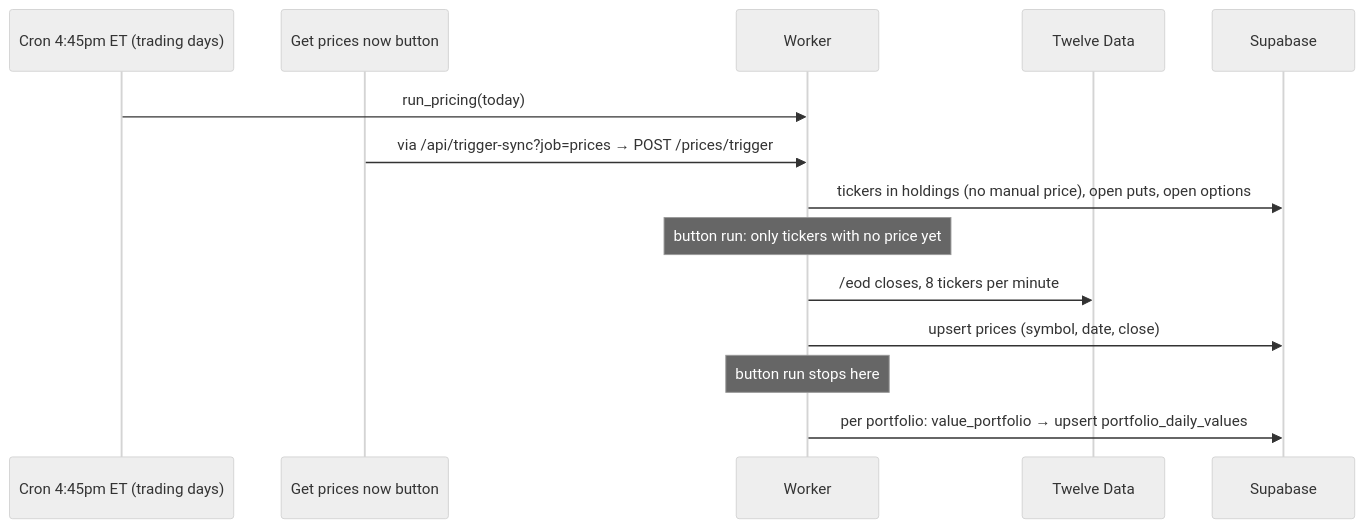
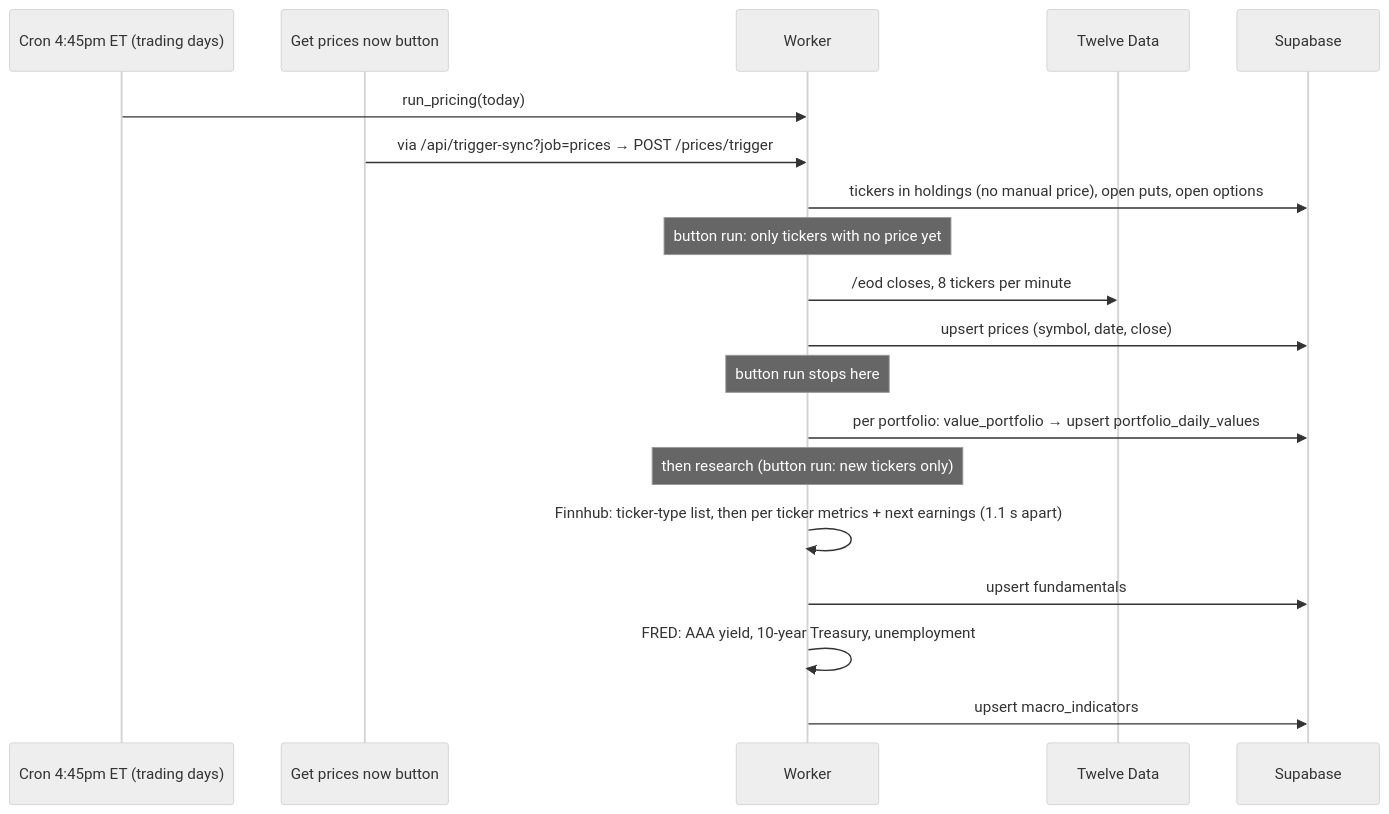
One commit to northcrosstech/Trading-Journal changed the seventh of 8 diagrams in docs/DATA_FLOWS.md. Above: the diagram before and after it, drawn with Mermaid (neutral theme). The commit also changed other lines of this file and 7 other files, not shown here.

````diff
--- a/docs/DATA_FLOWS.md
+++ b/docs/DATA_FLOWS.md
@@ -157,16 +186,21 @@
 ```mermaid
 sequenceDiagram
     participant C as Cron 4:45pm ET (trading days)
     participant B as Get prices now button
     participant W as Worker
     participant T as Twelve Data
     participant DB as Supabase
     C->>W: run_pricing(today)
     B->>W: via /api/trigger-sync?job=prices → POST /prices/trigger
     W->>DB: tickers in holdings (no manual price), open puts, open options
     Note over W: button run: only tickers with no price yet
     W->>T: /eod closes, 8 tickers per minute
     W->>DB: upsert prices (symbol, date, close)
     Note over W: button run stops here
     W->>DB: per portfolio: value_portfolio → upsert portfolio_daily_values
+    Note over W: then research (button run: new tickers only)
+    W->>W: Finnhub: ticker-type list, then per ticker metrics + next earnings (1.1 s apart)
+    W->>DB: upsert fundamentals
+    W->>W: FRED: AAA yield, 10-year Treasury, unemployment
+    W->>DB: upsert macro_indicators
 ```
````
